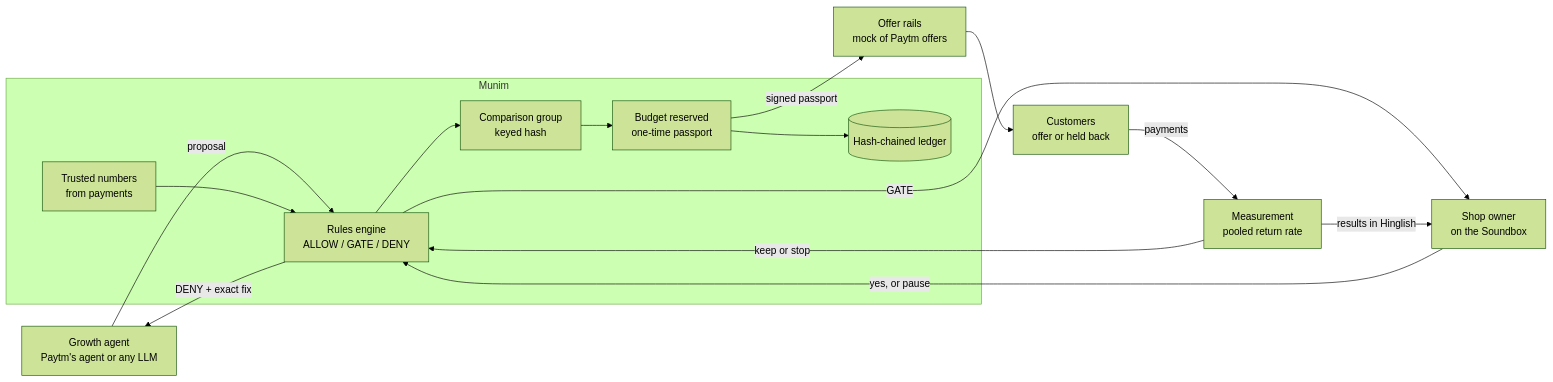
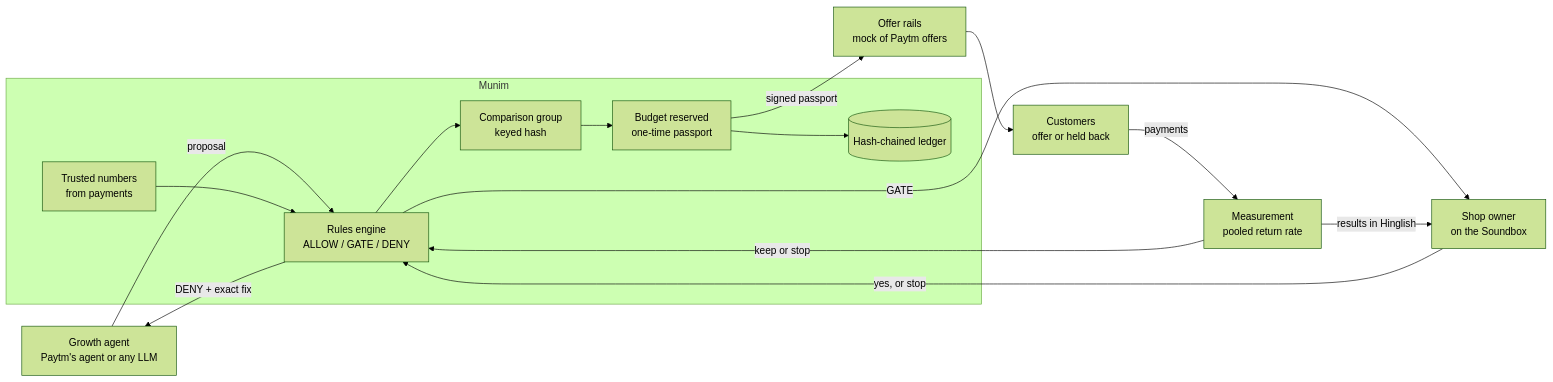
One commit to saksham869/munim changed the diagram in README.md. Above: the diagram before and after it, drawn with Mermaid (forest theme). The commit also changed other lines of this file and 51 other files, not shown here.

````diff
--- a/README.md
+++ b/README.md
@@ -70,18 +83,18 @@
 ```mermaid
 flowchart LR
     A["Growth agent<br/>Paytm's agent or any LLM"] -->|proposal| P
     subgraph M["Munim"]
         T["Trusted numbers<br/>from payments"] --> P["Rules engine<br/>ALLOW / GATE / DENY"]
         P --> H["Comparison group<br/>keyed hash"]
         H --> B["Budget reserved<br/>one-time passport"]
         B --> L[("Hash-chained ledger")]
     end
     P -->|DENY + exact fix| A
     P -->|GATE| O["Shop owner<br/>on the Soundbox"]
-    O -->|yes, or pause| P
+    O -->|yes, or stop| P
     B -->|signed passport| R["Offer rails<br/>mock of Paytm offers"]
     R --> C["Customers<br/>offer or held back"]
     C -->|payments| X["Measurement<br/>pooled return rate"]
     X -->|keep or stop| P
     X -->|results in Hinglish| O
 ```
````
